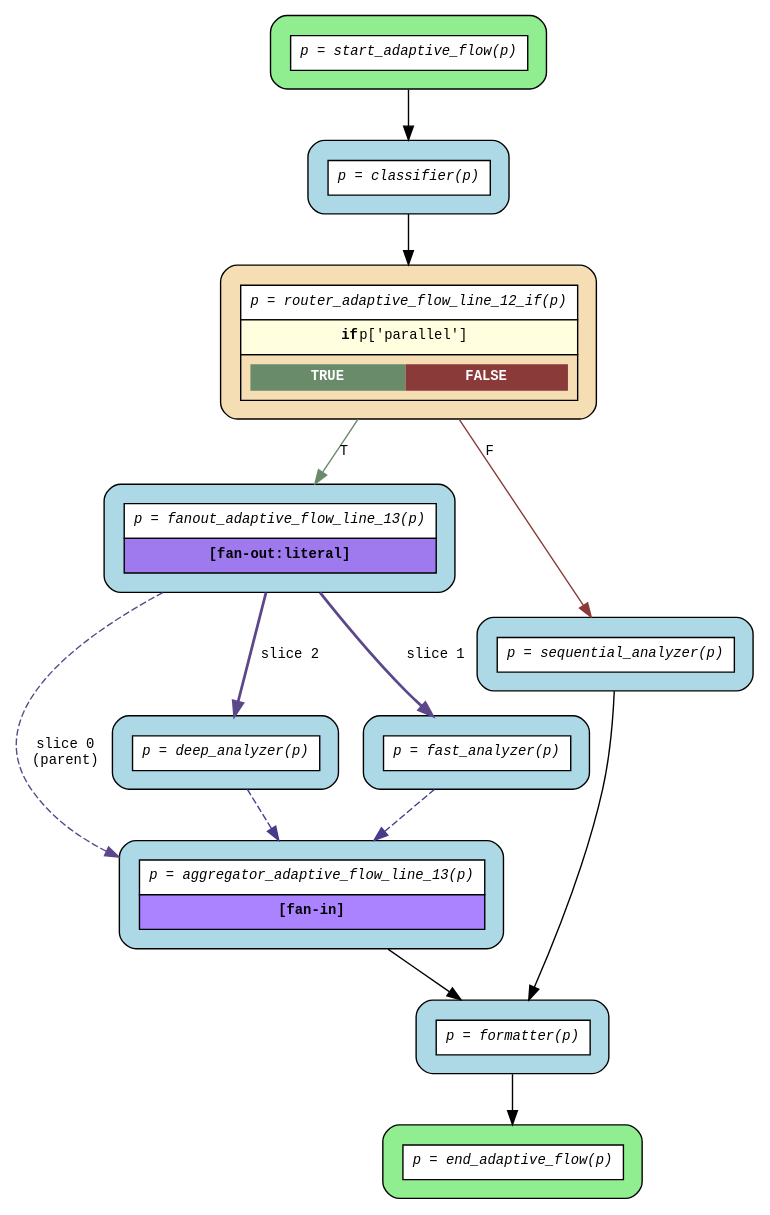
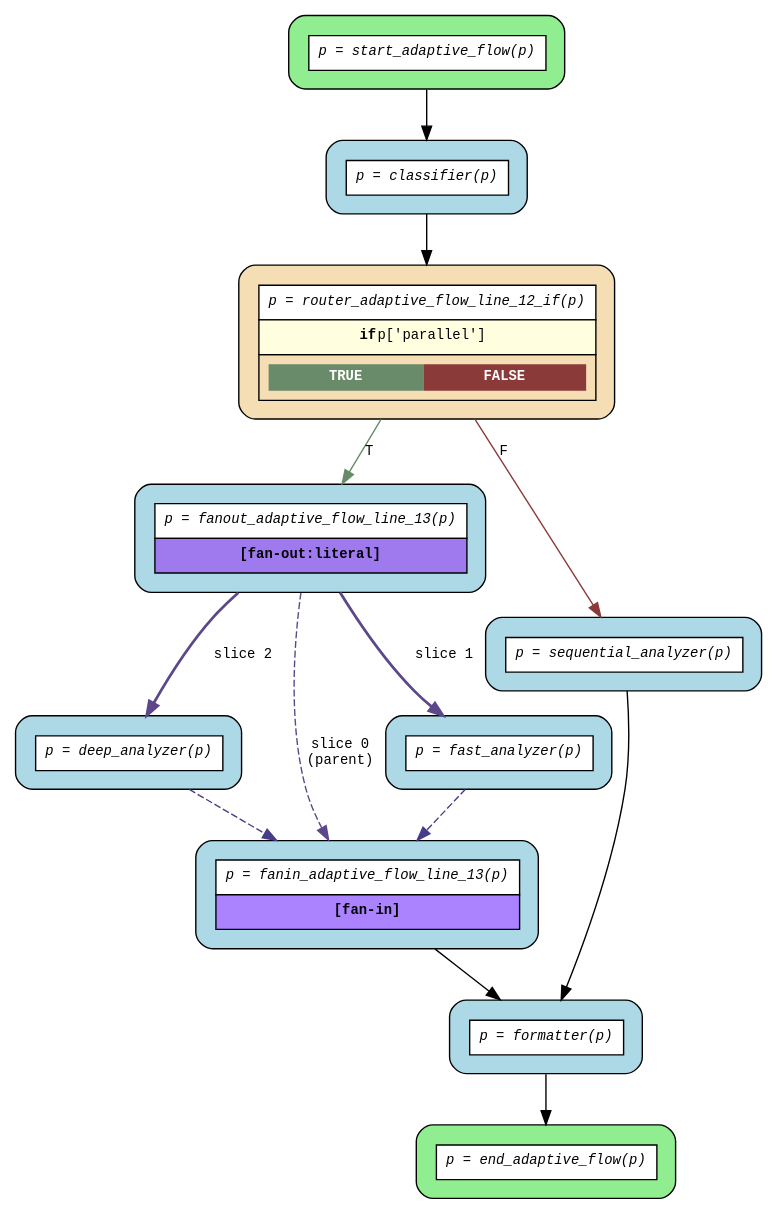
The diagram in examples/flows/compiled/fanout_conditional/flow.dot (deliveryhero/asya), drawn with Graphviz before and after one commit. The commit also changed 19 other files, not shown here.

First line of the commit message:
Rename fan-out generated actor from aggregator to fanin

```diff
--- a/examples/flows/compiled/fanout_conditional/flow.dot
+++ b/examples/flows/compiled/fanout_conditional/flow.dot
@@ -1,30 +1,30 @@
 digraph flow {
   rankdir=TB;
   graph [fontname="Courier", fontsize=10];
   node [fontname="Courier", fontsize=10, shape=box, style="filled,rounded", margin="0.2"];
   edge [fontname="Courier", fontsize=10];
 
   start_adaptive_flow [fillcolor="lightgreen", label=<<table border="0" cellspacing="0" cellpadding="6" cellborder="1"><tr><td bgcolor="white" align="center"><i>p = start_adaptive_flow(p)</i></td></tr></table>>];
   fanout_adaptive_flow_line_13 [fillcolor="lightblue", label=<<table border="0" cellspacing="0" cellpadding="6" cellborder="1"><tr><td bgcolor="white" align="center"><i>p = fanout_adaptive_flow_line_13(p)</i></td></tr><tr><td bgcolor="mediumpurple2" align="center"><b>[fan-out:literal]</b></td></tr></table>>];
   router_adaptive_flow_line_12_if [fillcolor="wheat", label=<<table border="0" cellspacing="0" cellpadding="6" cellborder="1"><tr><td bgcolor="white" align="center"><i>p = router_adaptive_flow_line_12_if(p)</i></td></tr><tr><td bgcolor="lightyellow"><b>if</b> p['parallel']</td></tr><tr><td><table border="0" cellspacing="0" cellpadding="4"><tr><td bgcolor="darkseagreen4"><font color="white"><b>TRUE</b></font></td><td bgcolor="indianred4"><font color="white"><b>FALSE</b></font></td></tr></table></td></tr></table>>];
   end_adaptive_flow [fillcolor="lightgreen", label=<<table border="0" cellspacing="0" cellpadding="6" cellborder="1"><tr><td bgcolor="white" align="center"><i>p = end_adaptive_flow(p)</i></td></tr></table>>];
-  aggregator_adaptive_flow_line_13 [fillcolor="lightblue", label=<<table border="0" cellspacing="0" cellpadding="6" cellborder="1"><tr><td bgcolor="white" align="center"><i>p = aggregator_adaptive_flow_line_13(p)</i></td></tr><tr><td bgcolor="mediumpurple1" align="center"><b>[fan-in]</b></td></tr></table>>];
   classifier [fillcolor="lightblue", label=<<table border="0" cellspacing="0" cellpadding="6" cellborder="1"><tr><td bgcolor="white" align="center"><i>p = classifier(p)</i></td></tr></table>>];
   deep_analyzer [fillcolor="lightblue", label=<<table border="0" cellspacing="0" cellpadding="6" cellborder="1"><tr><td bgcolor="white" align="center"><i>p = deep_analyzer(p)</i></td></tr></table>>];
+  fanin_adaptive_flow_line_13 [fillcolor="lightblue", label=<<table border="0" cellspacing="0" cellpadding="6" cellborder="1"><tr><td bgcolor="white" align="center"><i>p = fanin_adaptive_flow_line_13(p)</i></td></tr><tr><td bgcolor="mediumpurple1" align="center"><b>[fan-in]</b></td></tr></table>>];
   fast_analyzer [fillcolor="lightblue", label=<<table border="0" cellspacing="0" cellpadding="6" cellborder="1"><tr><td bgcolor="white" align="center"><i>p = fast_analyzer(p)</i></td></tr></table>>];
   formatter [fillcolor="lightblue", label=<<table border="0" cellspacing="0" cellpadding="6" cellborder="1"><tr><td bgcolor="white" align="center"><i>p = formatter(p)</i></td></tr></table>>];
   sequential_analyzer [fillcolor="lightblue", label=<<table border="0" cellspacing="0" cellpadding="6" cellborder="1"><tr><td bgcolor="white" align="center"><i>p = sequential_analyzer(p)</i></td></tr></table>>];
 
-  aggregator_adaptive_flow_line_13 -> formatter;
   classifier -> router_adaptive_flow_line_12_if;
-  deep_analyzer -> aggregator_adaptive_flow_line_13 [color=slateblue4, style=dashed];
-  fanout_adaptive_flow_line_13 -> aggregator_adaptive_flow_line_13 [color=mediumpurple4, label="slice 0\n(parent)", style=dashed];
+  deep_analyzer -> fanin_adaptive_flow_line_13 [color=slateblue4, style=dashed];
+  fanin_adaptive_flow_line_13 -> formatter;
   fanout_adaptive_flow_line_13 -> deep_analyzer [color=mediumpurple4, label="slice 2", style=bold];
+  fanout_adaptive_flow_line_13 -> fanin_adaptive_flow_line_13 [color=mediumpurple4, label="slice 0\n(parent)", style=dashed];
   fanout_adaptive_flow_line_13 -> fast_analyzer [color=mediumpurple4, label="slice 1", style=bold];
-  fast_analyzer -> aggregator_adaptive_flow_line_13 [color=slateblue4, style=dashed];
+  fast_analyzer -> fanin_adaptive_flow_line_13 [color=slateblue4, style=dashed];
   formatter -> end_adaptive_flow;
   router_adaptive_flow_line_12_if -> fanout_adaptive_flow_line_13 [label="T", color=darkseagreen4];
   router_adaptive_flow_line_12_if -> sequential_analyzer [label="F", color=indianred4];
   sequential_analyzer -> formatter;
   start_adaptive_flow -> classifier;
 }
```
